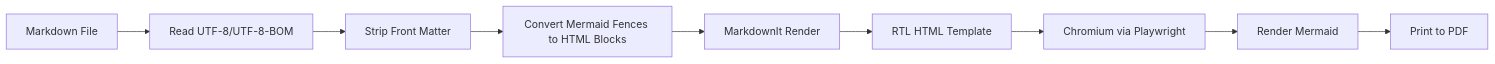
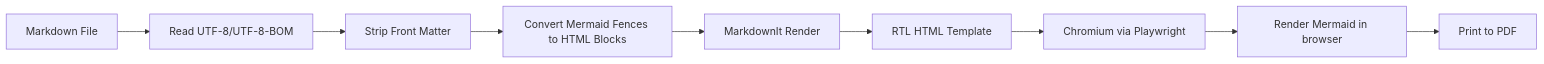
Before and after one commit to hamid-morsali-786/MdPersia: the first of 3 diagrams in docs/ARCHITECTURE.md, drawn with Mermaid. The commit also changed other lines of this file and 19 other files, not shown here.

````diff
--- a/docs/ARCHITECTURE.md
+++ b/docs/ARCHITECTURE.md
@@ -11,11 +11,11 @@
 ```mermaid
 flowchart LR
     A[Markdown File] --> B[Read UTF-8/UTF-8-BOM]
     B --> C[Strip Front Matter]
     C --> D[Convert Mermaid Fences to HTML Blocks]
     D --> E[MarkdownIt Render]
     E --> F[RTL HTML Template]
     F --> G[Chromium via Playwright]
-    G --> H[Render Mermaid]
+    G --> H[Render Mermaid in browser]
     H --> I[Print to PDF]
 ```
````
